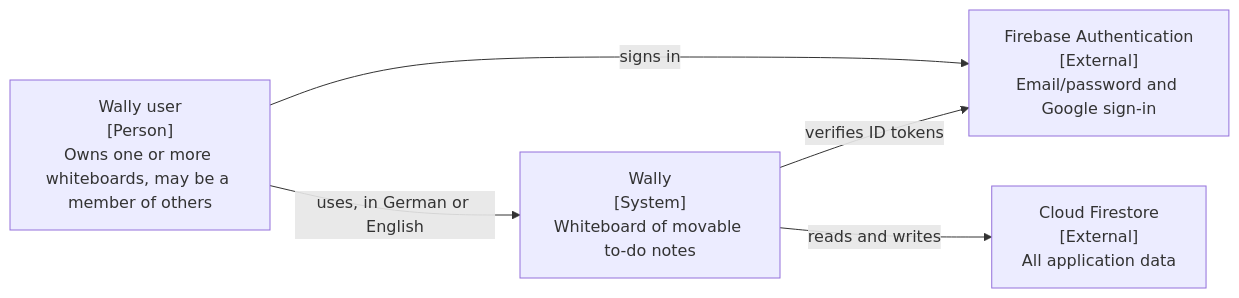
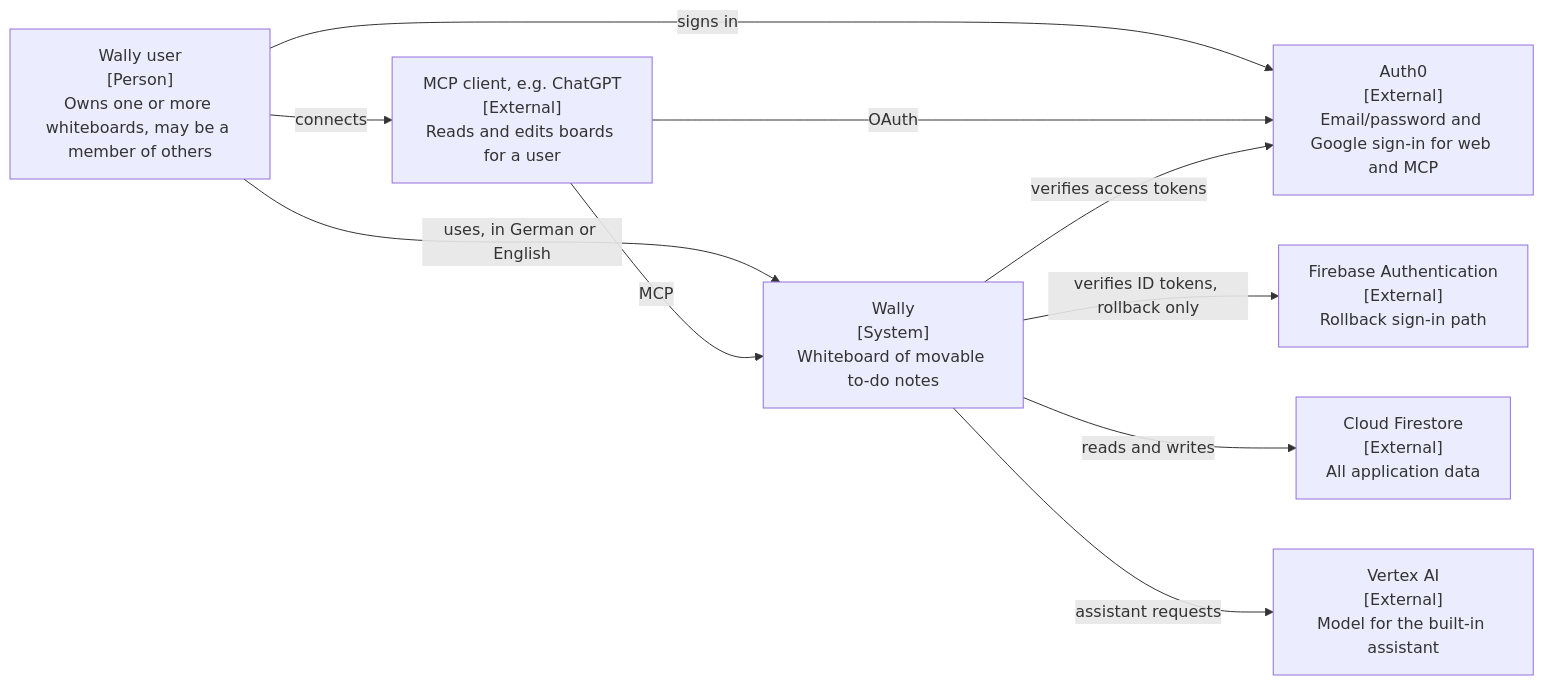
The first of 2 diagrams in docs/architecture/overview.md (milad-luminull/wally), drawn with Mermaid before and after one commit. The commit also changed other lines of this file and 57 other files, not shown here.

````diff
--- a/docs/architecture/overview.md
+++ b/docs/architecture/overview.md
@@ -9,11 +11,19 @@
 ```mermaid
 flowchart LR
   user["Wally user<br/>[Person]<br/>Owns one or more whiteboards, may be a member of others"]
   wally["Wally<br/>[System]<br/>Whiteboard of movable to-do notes"]
-  auth["Firebase Authentication<br/>[External]<br/>Email/password and Google sign-in"]
+  host["MCP client, e.g. ChatGPT<br/>[External]<br/>Reads and edits boards for a user"]
+  auth0["Auth0<br/>[External]<br/>Email/password and Google sign-in for web and MCP"]
+  fbauth["Firebase Authentication<br/>[External]<br/>Rollback sign-in path"]
   store["Cloud Firestore<br/>[External]<br/>All application data"]
+  model["Vertex AI<br/>[External]<br/>Model for the built-in assistant"]
   user -->|uses, in German or English| wally
-  user -->|signs in| auth
-  wally -->|verifies ID tokens| auth
+  user -->|signs in| auth0
+  user -->|connects| host
+  host -->|OAuth| auth0
+  host -->|MCP| wally
+  wally -->|verifies access tokens| auth0
+  wally -->|verifies ID tokens, rollback only| fbauth
   wally -->|reads and writes| store
+  wally -->|assistant requests| model
 ```
````
